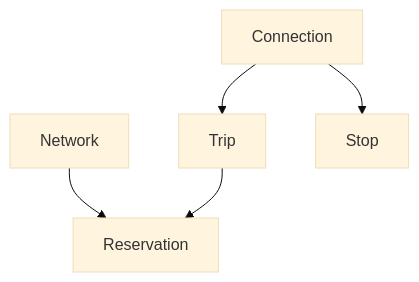
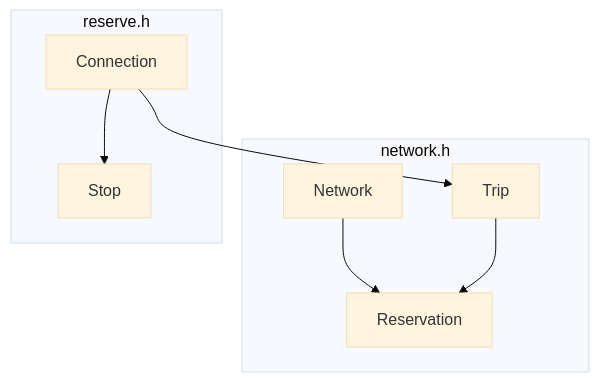
Before and after one commit to maptic/osurs: the third of 3 diagrams in README.md, drawn with Mermaid (base theme). The commit also changed other lines of this file, not shown here.

Commit message:
Separate network and reservations and add description.

````diff
--- a/README.md
+++ b/README.md
@@ -46,7 +50,11 @@
 ```mermaid
 graph TD;
-  Network-->Reservation;
-  Trip-->Reservation;
-  Connection-->Stop;
-  Connection-->Trip;
+  subgraph network.h;
+    Network-->Reservation;
+    Trip-->Reservation;
+  end;
+  subgraph reserve.h;
+    Connection-->Stop;
+    Connection-->Trip;
+  end;
 ```
````
